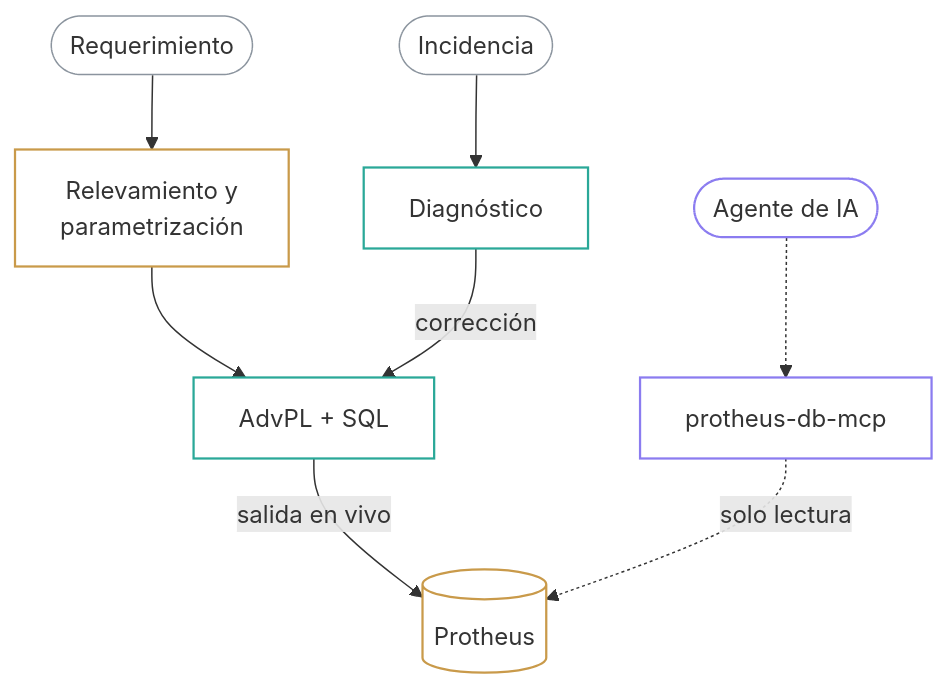
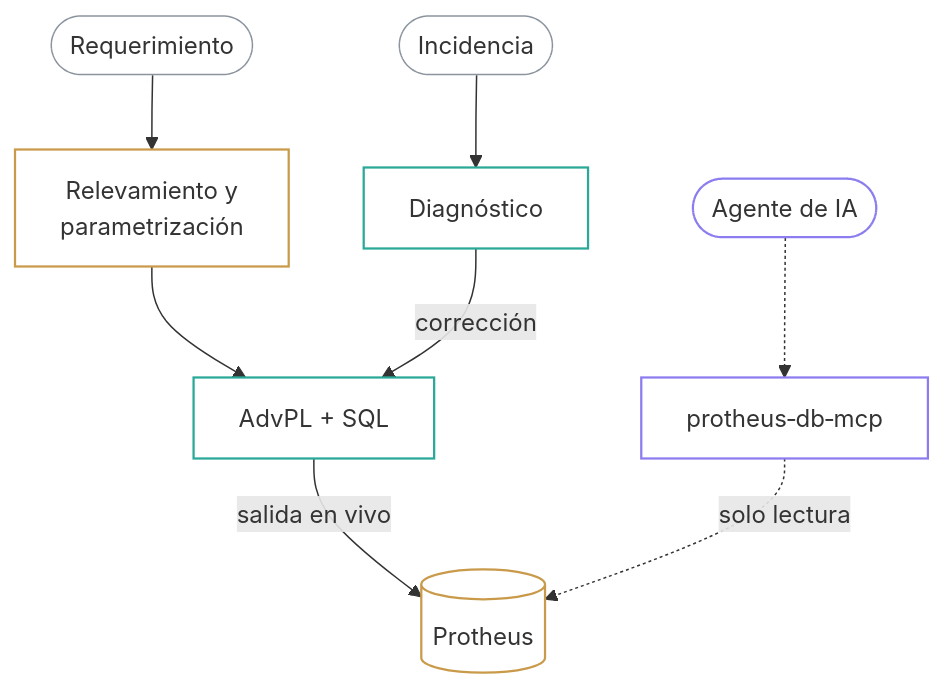
Before and after one commit to Mario-pereyra/Mario-pereyra: the diagram in README.md, drawn with Mermaid.

Commit message:
Evita que GitHub parta protheus-db-mcp en el diagrama
La etiqueta usa guiones no separables (U+2011): GitHub la cortaba en el
guion porque mide el texto un poco más angosto de lo que lo dibuja.

````diff
--- a/README.md
+++ b/README.md
@@ -32,15 +32,15 @@
 ```mermaid
 flowchart TB
     R(["Requerimiento"]):::cliente --> P["Relevamiento y<br/>parametrización"]:::erp
     I(["Incidencia"]):::cliente --> D["Diagnóstico"]:::codigo
-    A(["Agente de IA"]):::ia -.-> M["protheus-db-mcp"]:::ia
+    A(["Agente de IA"]):::ia -.-> M["protheus‑db‑mcp"]:::ia
     P --> C["AdvPL + SQL"]:::codigo
     D -->|corrección| C
     C -->|salida en vivo| B[("Protheus")]:::erp
     M -.->|solo lectura| B
 
     classDef cliente fill:transparent,stroke:#8b949e,stroke-width:1px
     classDef erp fill:transparent,stroke:#c99a4a,stroke-width:1.5px
     classDef codigo fill:transparent,stroke:#2aa898,stroke-width:1.5px
     classDef ia fill:transparent,stroke:#8b7cf0,stroke-width:1.5px
 ```
````
